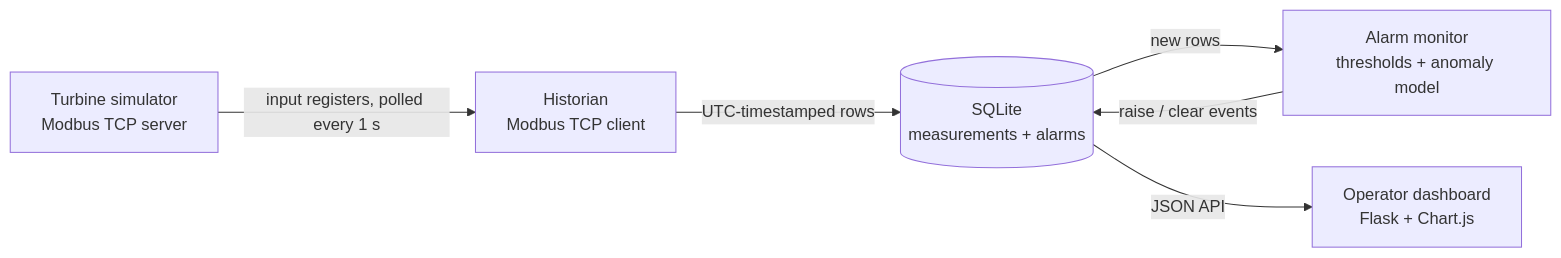
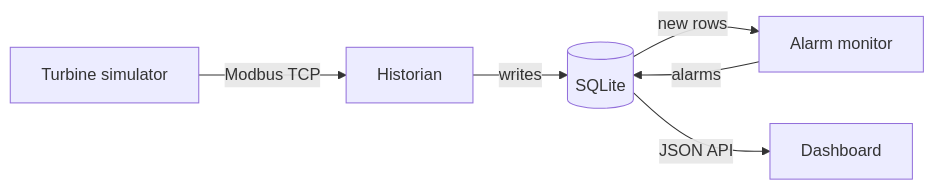
One commit to Ali-Bz-Eng/wind-turbine-condition-monitoring changed the diagram in README.md. Above: the diagram before and after it, drawn with Mermaid. The commit also changed other lines of this file, not shown here.

Commit message:
Shorten architecture diagram labels and align project structure

````diff
--- a/README.md
+++ b/README.md
@@ -11,8 +11,8 @@
 ```mermaid
 flowchart LR
-    T["Turbine simulator<br/>Modbus TCP server"] -- "input registers, polled every 1 s" --> H["Historian<br/>Modbus TCP client"]
-    H -- "UTC-timestamped rows" --> DB[("SQLite<br/>measurements + alarms")]
-    DB -- "new rows" --> M["Alarm monitor<br/>thresholds + anomaly model"]
-    M -- "raise / clear events" --> DB
-    DB -- "JSON API" --> D["Operator dashboard<br/>Flask + Chart.js"]
+    T[Turbine simulator] -->|Modbus TCP| H[Historian]
+    H -->|writes| DB[(SQLite)]
+    DB -->|new rows| M[Alarm monitor]
+    M -->|alarms| DB
+    DB -->|JSON API| D[Dashboard]
 ```
````
